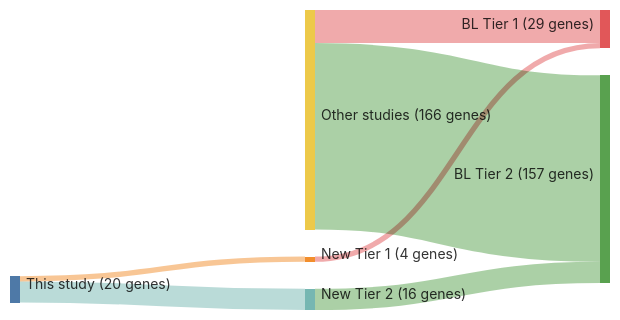
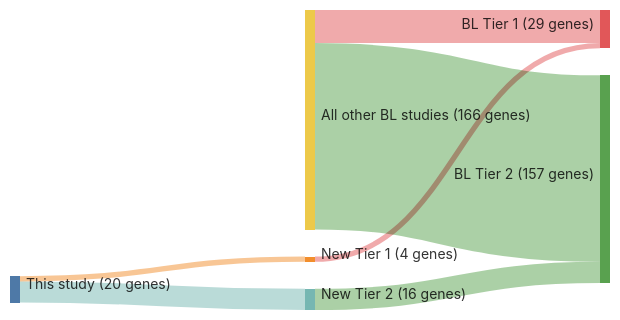
One commit to morinlab/lymphopedia changed the diagram in papers/schmitzBurkittLymphomaPathogenesis2012.md. Above: the diagram before and after it, drawn with Mermaid. The commit also changed 82 other files, not shown here.

````diff
--- a/papers/schmitzBurkittLymphomaPathogenesis2012.md
+++ b/papers/schmitzBurkittLymphomaPathogenesis2012.md
@@ -13,20 +13,20 @@
 ```mermaid
 ---
 config:
     sankey:
         showValues: true
         linkColor: target
         width: 600
         height: 300
         nodeAlignment: right
         prefix: '('
         suffix: ' genes)'
 ---
 sankey-beta
 This study, New Tier 1, 4
 New Tier 1, BL Tier 1, 4
 This study, New Tier 2, 16
 New Tier 2, BL Tier 2, 16
-Other studies, BL Tier 1, 25
-Other studies, BL Tier 2, 141
+All other BL studies, BL Tier 1, 25
+All other BL studies, BL Tier 2, 141
 ```
````
